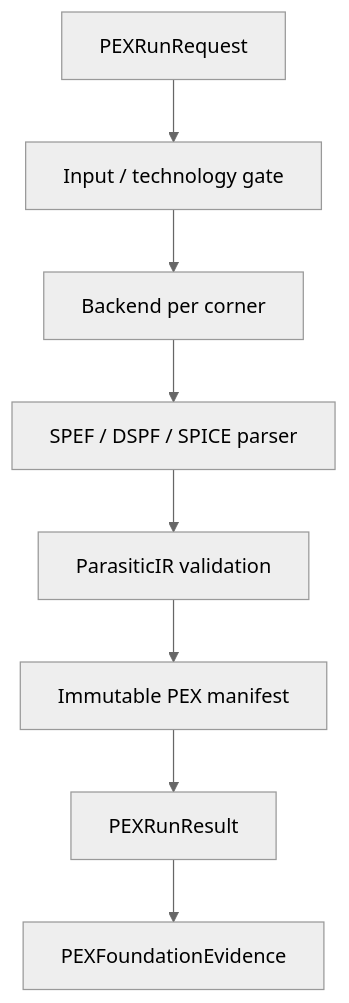
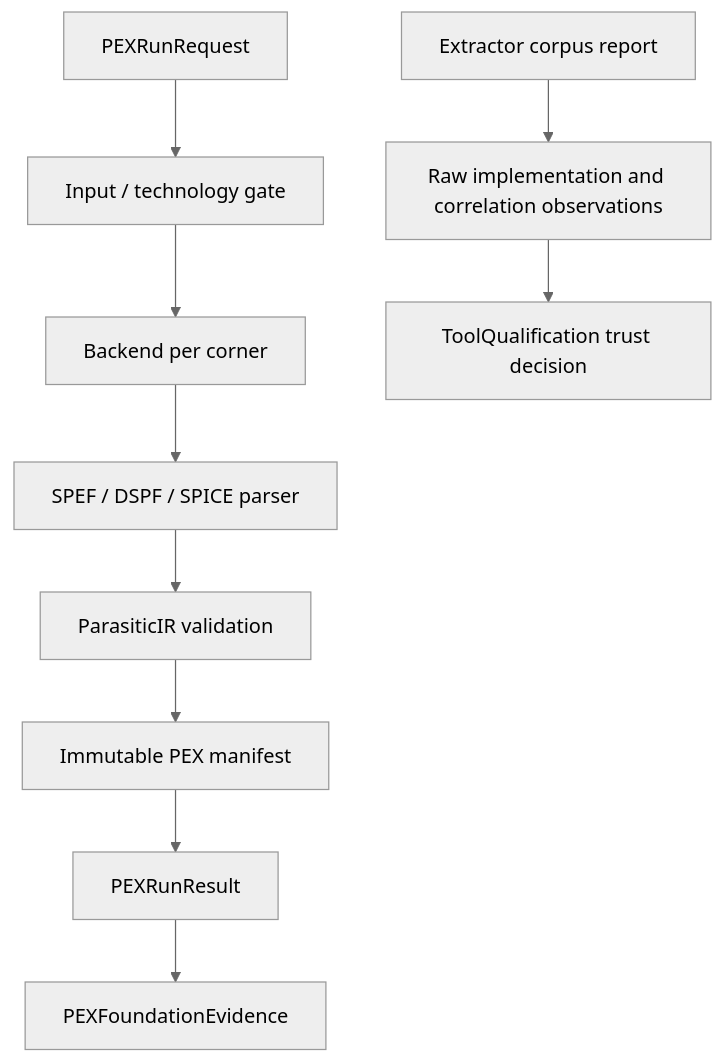
Before and after one commit to 1amageek/PEXEngine: the diagram in DESIGN.md, drawn with Mermaid (neutral theme). The commit also changed other lines of this file and 34 other files, not shown here.

Commit message:
Separate PEX observations from qualification policy

````diff
--- a/DESIGN.md
+++ b/DESIGN.md
@@ -10,10 +10,13 @@
 ```mermaid
 flowchart TD
     Input["PEXRunRequest"] --> Validate["Input / technology gate"]
     Validate --> Execute["Backend per corner"]
     Execute --> Parse["SPEF / DSPF / SPICE parser"]
     Parse --> IR["ParasiticIR validation"]
     IR --> Persist["Immutable PEX manifest"]
     Persist --> Result["PEXRunResult"]
     Result --> Boundary["PEXFoundationEvidence"]
+
+    Report["Extractor corpus report"] --> Observations["Raw implementation and correlation observations"]
+    Observations --> ToolQualification["ToolQualification trust decision"]
 ```
````
